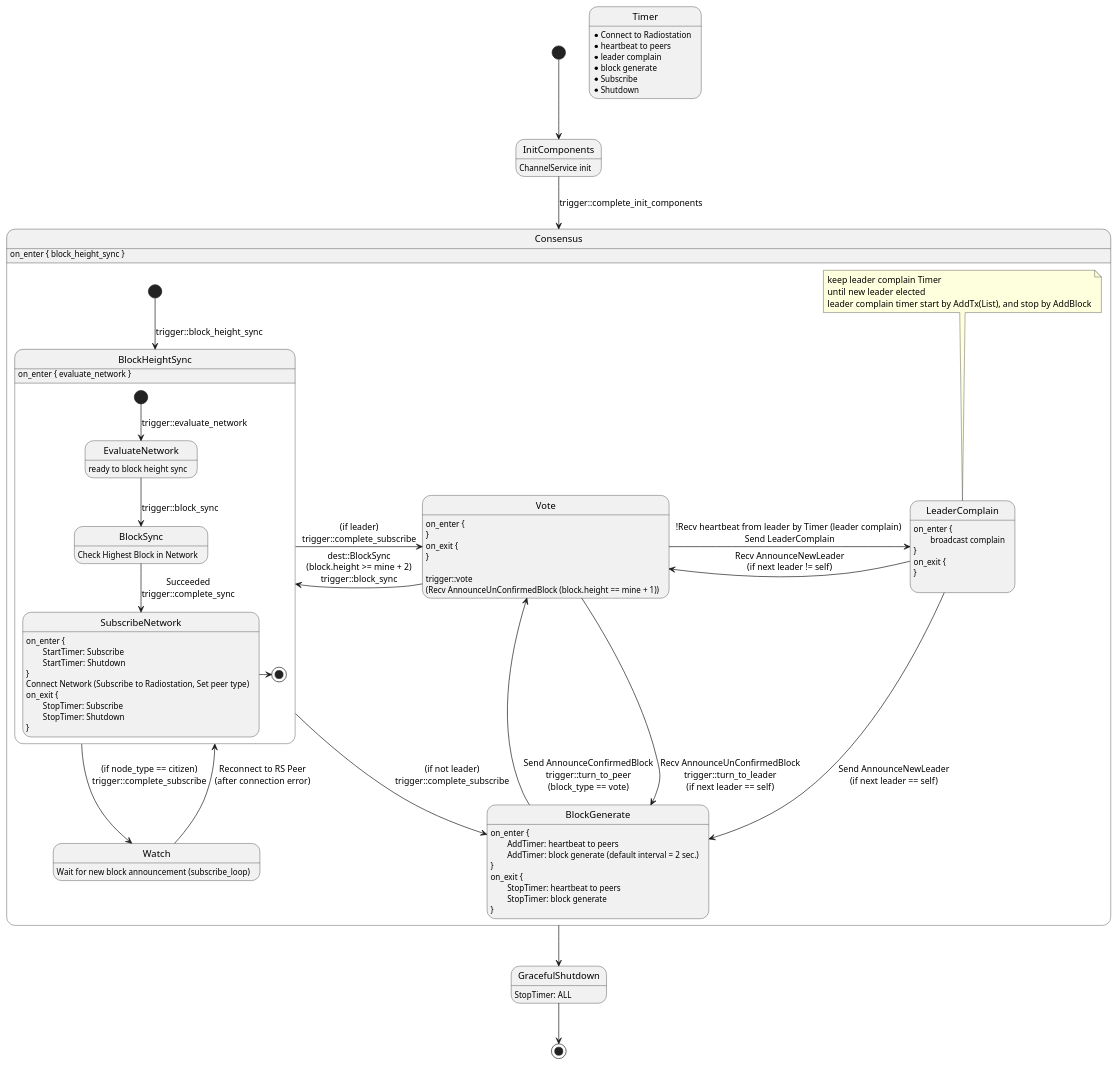
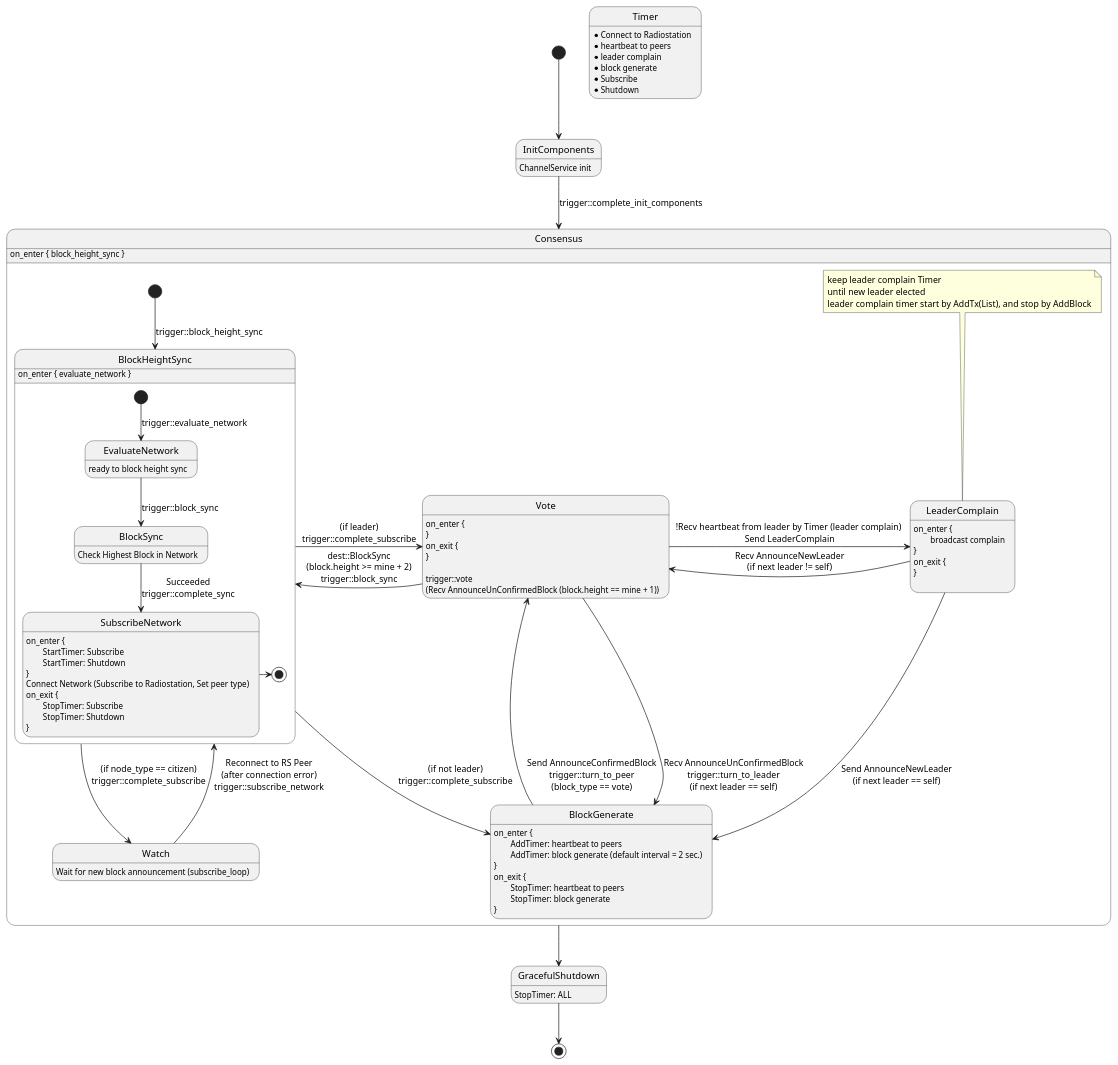
One commit to icon-project/loopchain changed the diagram in docs/8. diagram/state_machine_in_siever.wsd. Above: the diagram before and after it, drawn with PlantUML.

Commit message:
[LC-246] update state machine diagram

```diff
--- a/docs/8. diagram/state_machine_in_siever.wsd
+++ b/docs/8. diagram/state_machine_in_siever.wsd
@@ -1,88 +1,88 @@
 @startuml State Machine in Siever
 
 [*] --> InitComponents
 InitComponents: ChannelService init
 
 InitComponents --> Consensus : trigger::complete_init_components
 
 state Timer
 Timer: * Connect to Radiostation
 Timer: * heartbeat to peers
 Timer: * leader complain
 Timer: * block generate
 Timer: * Subscribe
 Timer: * Shutdown
 
 state Consensus {
     Consensus: on_enter { block_height_sync }
     [*] --> BlockHeightSync : trigger::block_height_sync
 
     state BlockHeightSync {
         [*] --> EvaluateNetwork : trigger::evaluate_network
 
         EvaluateNetwork: ready to block height sync
         EvaluateNetwork --> BlockSync : \ntrigger::block_sync
         
         BlockSync: Check Highest Block in Network
         BlockSync --> SubscribeNetwork : Succeeded\ntrigger::complete_sync
 
         SubscribeNetwork: on_enter {
         SubscribeNetwork: \tStartTimer: Subscribe
         SubscribeNetwork: \tStartTimer: Shutdown
         SubscribeNetwork:}
         SubscribeNetwork: Connect Network (Subscribe to Radiostation, Set peer type)
         SubscribeNetwork: on_exit {
         SubscribeNetwork: \tStopTimer: Subscribe
         SubscribeNetwork: \tStopTimer: Shutdown
         SubscribeNetwork:}
         SubscribeNetwork -right-> [*]
     }
     BlockHeightSync: on_enter { evaluate_network }
     BlockHeightSync --> BlockGenerate: (if not leader)\ntrigger::complete_subscribe
     BlockHeightSync -> Vote: (if leader)\ntrigger::complete_subscribe
     BlockHeightSync -> Watch: (if node_type == citizen)\ntrigger::complete_subscribe
     
     Watch: Wait for new block announcement (subscribe_loop)
-    Watch --> BlockHeightSync: Reconnect to RS Peer\n(after connection error)
+    Watch --> BlockHeightSync: Reconnect to RS Peer\n(after connection error)\ntrigger::subscribe_network
     Vote: on_enter {
     Vote: }
     Vote: on_exit {
     Vote: }
     Vote: 
     Vote: trigger::vote\n(Recv AnnounceUnConfirmedBlock (block.height == mine + 1))
     Vote -left-> BlockHeightSync : dest::BlockSync\n(block.height >= mine + 2)\ntrigger::block_sync
     Vote -> BlockGenerate : Recv AnnounceUnConfirmedBlock\ntrigger::turn_to_leader\n(if next leader == self)
     Vote -> LeaderComplain : !Recv heartbeat from leader by Timer (leader complain) \nSend LeaderComplain
 
     BlockGenerate: on_enter {
     BlockGenerate: \tAddTimer: heartbeat to peers
     BlockGenerate: \tAddTimer: block generate (default interval = 2 sec.)
     BlockGenerate: }
     BlockGenerate: on_exit {
     BlockGenerate: \tStopTimer: heartbeat to peers
     BlockGenerate: \tStopTimer: block generate
     BlockGenerate: }
     BlockGenerate -> Vote : Send AnnounceConfirmedBlock\ntrigger::turn_to_peer\n(block_type == vote)
 
     state LeaderComplain
     note top of LeaderComplain
       keep leader complain Timer
       until new leader elected
       leader complain timer start by AddTx(List), and stop by AddBlock
     end note
     LeaderComplain -> Vote : Recv AnnounceNewLeader\n(if next leader != self)
     LeaderComplain --> BlockGenerate : Send AnnounceNewLeader\n(if next leader == self)
     LeaderComplain: on_enter {
     LeaderComplain: \tbroadcast complain
     LeaderComplain: }
     LeaderComplain: on_exit {
     LeaderComplain: }
     LeaderComplain: 
 }
 
 Consensus --> GracefulShutdown
 
 GracefulShutdown: StopTimer: ALL
 GracefulShutdown --> [*]
 
 @enduml
```
